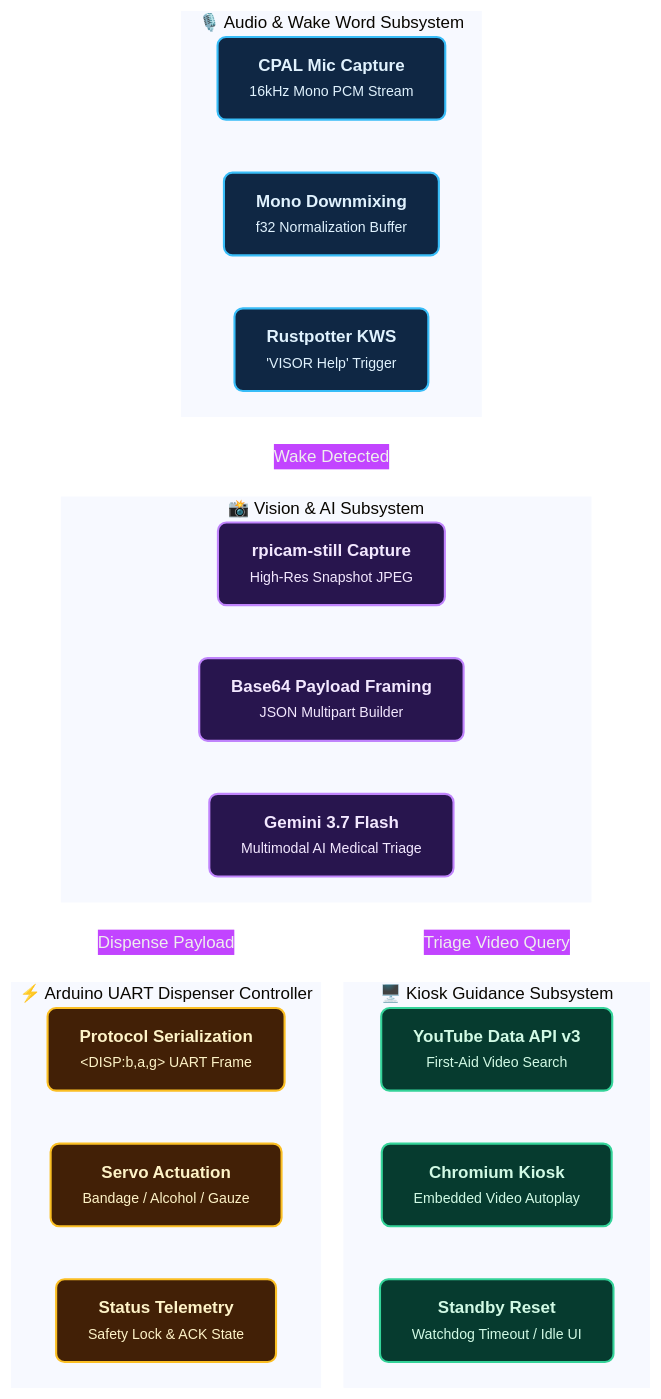
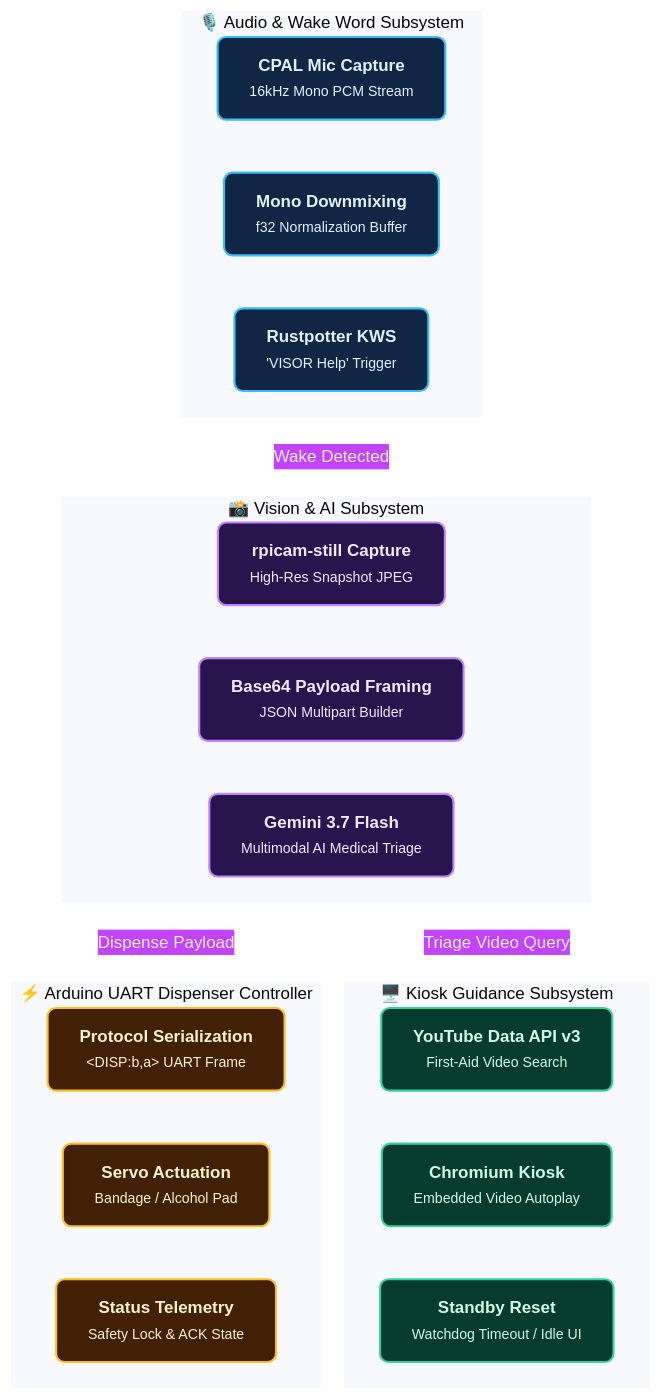
The second of 3 diagrams in tests/TEST_REPORT.md (Apoo711/visor-project), drawn with Mermaid before and after one commit. The commit also changed other lines of this file, not shown here.

````diff
--- a/tests/TEST_REPORT.md
+++ b/tests/TEST_REPORT.md
@@ -36,40 +36,40 @@
 ```mermaid
 %%{init: {'theme': 'base', 'themeVariables': { 'darkMode': true, 'background': 'transparent', 'fontFamily': 'ui-sans-serif, system-ui, -apple-system, sans-serif' } } }%%
 flowchart TD
     classDef audio fill:#0f2744,stroke:#38bdf8,stroke-width:2px,color:#e0f2fe,rx:8,ry:8
     classDef vision fill:#28154e,stroke:#c084fc,stroke-width:2px,color:#f3e8ff,rx:8,ry:8
     classDef display fill:#063b2f,stroke:#34d399,stroke-width:2px,color:#d1fae5,rx:8,ry:8
     classDef hardware fill:#422006,stroke:#fbbf24,stroke-width:2px,color:#fef3c7,rx:8,ry:8
 
     subgraph AudioSubsystem ["&nbsp;🎙️ Audio &amp; Wake Word Subsystem&nbsp;"]
         A1["<b>CPAL Mic Capture</b><br/><small>16kHz Mono PCM Stream</small>"]:::audio
         A2["<b>Mono Downmixing</b><br/><small>f32 Normalization Buffer</small>"]:::audio
         A3["<b>Rustpotter KWS</b><br/><small>'VISOR Help' Trigger</small>"]:::audio
         A1 --> A2 --> A3
     end
 
     subgraph VisionSubsystem ["&nbsp;📸 Vision &amp; AI Subsystem&nbsp;"]
         B1["<b>rpicam-still Capture</b><br/><small>High-Res Snapshot JPEG</small>"]:::vision
         B2["<b>Base64 Payload Framing</b><br/><small>JSON Multipart Builder</small>"]:::vision
         B3["<b>Gemini 3.7 Flash</b><br/><small>Multimodal AI Medical Triage</small>"]:::vision
         B1 --> B2 --> B3
     end
 
     subgraph DisplaySubsystem ["&nbsp;🖥️ Kiosk Guidance Subsystem&nbsp;"]
         C1["<b>YouTube Data API v3</b><br/><small>First-Aid Video Search</small>"]:::display
         C2["<b>Chromium Kiosk</b><br/><small>Embedded Video Autoplay</small>"]:::display
         C3["<b>Standby Reset</b><br/><small>Watchdog Timeout / Idle UI</small>"]:::display
         C1 --> C2 --> C3
     end
 
     subgraph HardwareBridge ["&nbsp;⚡ Arduino UART Dispenser Controller&nbsp;"]
-        D1["<b>Protocol Serialization</b><br/><small>&lt;DISP:b,a,g&gt; UART Frame</small>"]:::hardware
-        D2["<b>Servo Actuation</b><br/><small>Bandage / Alcohol / Gauze</small>"]:::hardware
+        D1["<b>Protocol Serialization</b><br/><small>&lt;DISP:b,a&gt; UART Frame</small>"]:::hardware
+        D2["<b>Servo Actuation</b><br/><small>Bandage / Alcohol Pad</small>"]:::hardware
         D3["<b>Status Telemetry</b><br/><small>Safety Lock &amp; ACK State</small>"]:::hardware
         D1 --> D2 --> D3
     end
 
     A3 ==>|"Wake Detected"| B1
     B3 ==>|"Triage Video Query"| C1
     B3 ==>|"Dispense Payload"| D1
 ```
````
